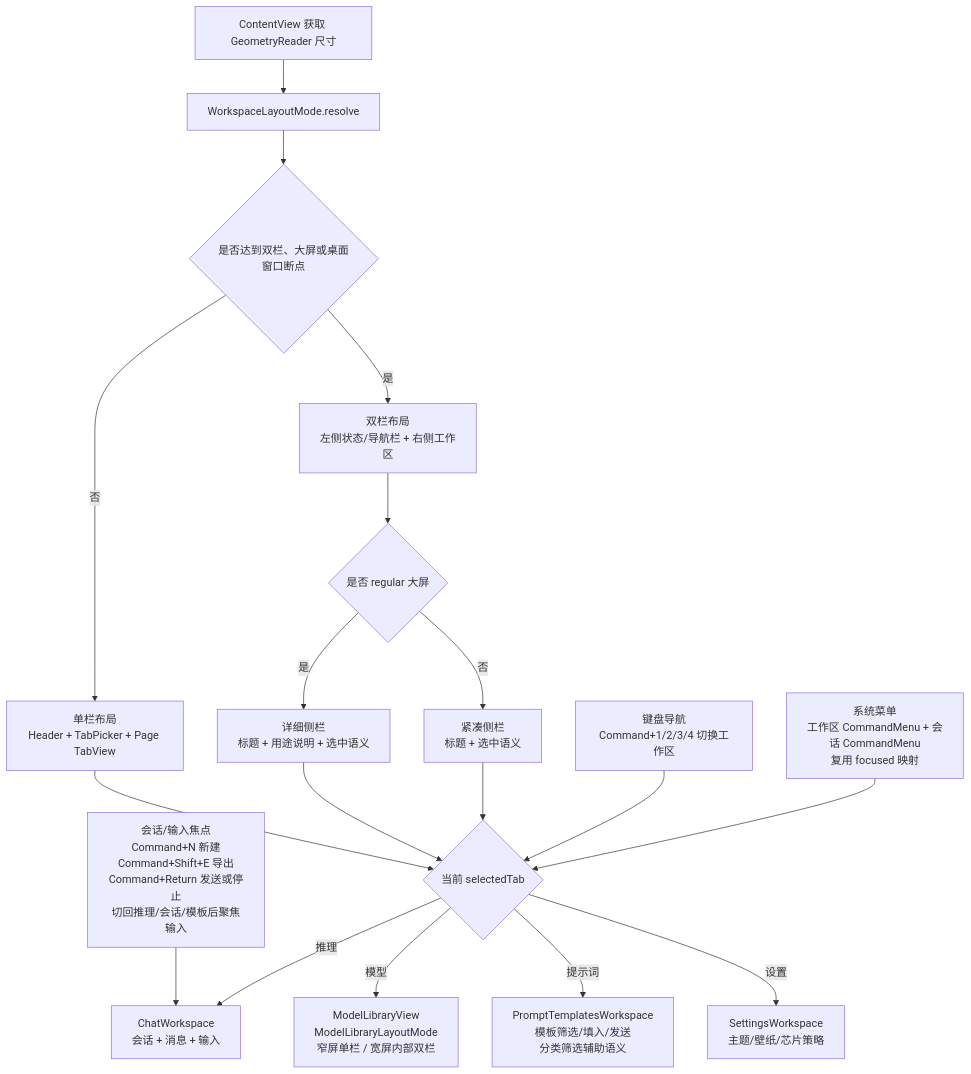
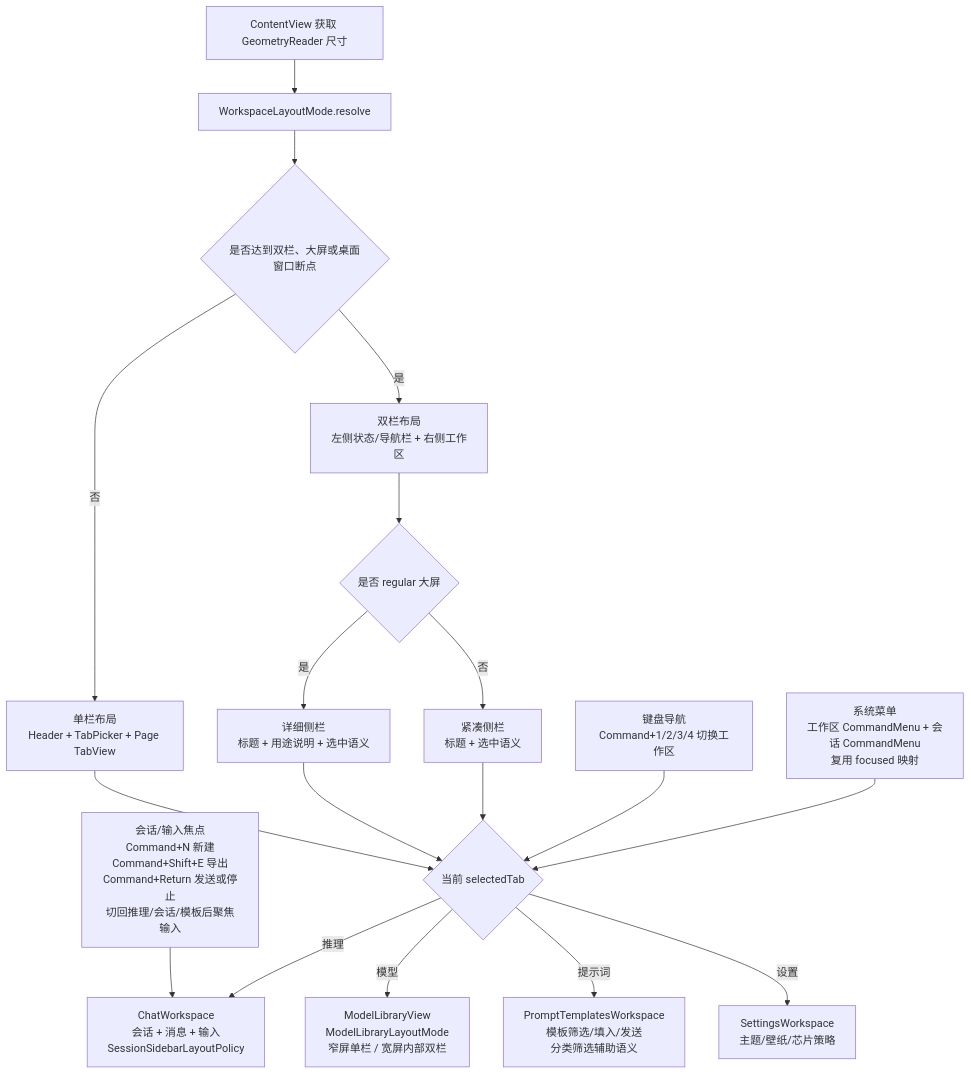
The fourth of 9 diagrams in md/flow/flowchart.md (Altman-sam114/113), drawn with Mermaid before and after one commit. The commit also changed 8 other files, not shown here.

````diff
--- a/md/flow/flowchart.md
+++ b/md/flow/flowchart.md
@@ -68,20 +68,20 @@
 ```mermaid
 flowchart TD
     A[ContentView 获取 GeometryReader 尺寸] --> B[WorkspaceLayoutMode.resolve]
     B --> C{是否达到双栏、大屏或桌面窗口断点}
     C -- 否 --> D[单栏布局<br/>Header + TabPicker + Page TabView]
     C -- 是 --> E[双栏布局<br/>左侧状态/导航栏 + 右侧工作区]
     E --> N{是否 regular 大屏}
     N -- 是 --> O[详细侧栏<br/>标题 + 用途说明 + 选中语义]
     N -- 否 --> P[紧凑侧栏<br/>标题 + 选中语义]
     D --> F{当前 selectedTab}
     O --> F
     P --> F
     K[键盘导航<br/>Command+1/2/3/4 切换工作区] --> F
     M[系统菜单<br/>工作区 CommandMenu + 会话 CommandMenu<br/>复用 focused 映射] --> F
     L[会话/输入焦点<br/>Command+N 新建<br/>Command+Shift+E 导出<br/>Command+Return 发送或停止<br/>切回推理/会话/模板后聚焦输入] --> G
-    F -- 推理 --> G[ChatWorkspace<br/>会话 + 消息 + 输入]
+    F -- 推理 --> G[ChatWorkspace<br/>会话 + 消息 + 输入<br/>SessionSidebarLayoutPolicy]
     F -- 模型 --> H[ModelLibraryView<br/>ModelLibraryLayoutMode<br/>窄屏单栏 / 宽屏内部双栏]
     F -- 提示词 --> I[PromptTemplatesWorkspace<br/>模板筛选/填入/发送<br/>分类筛选辅助语义]
     F -- 设置 --> J[SettingsWorkspace<br/>主题/壁纸/芯片策略]
 ```
````
